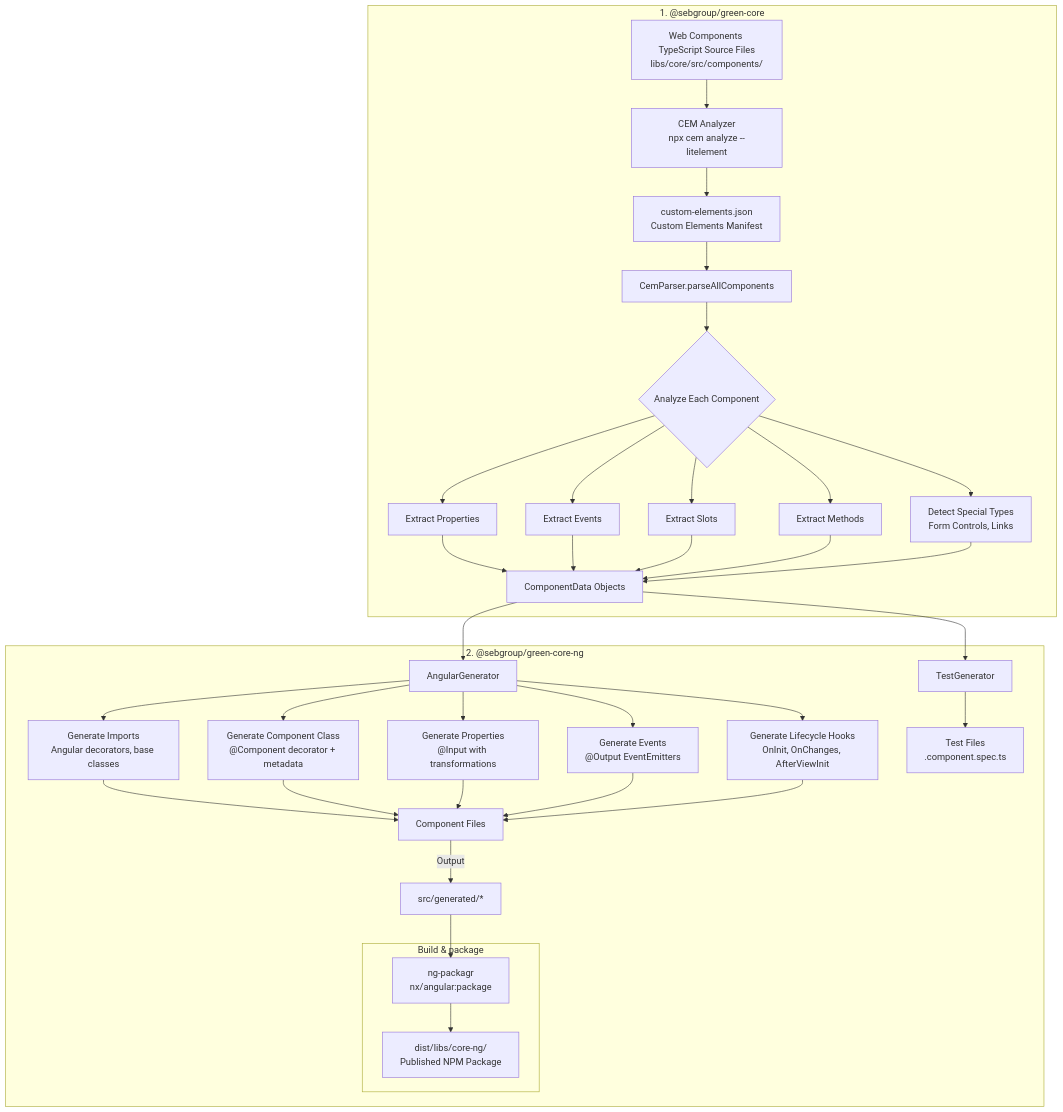
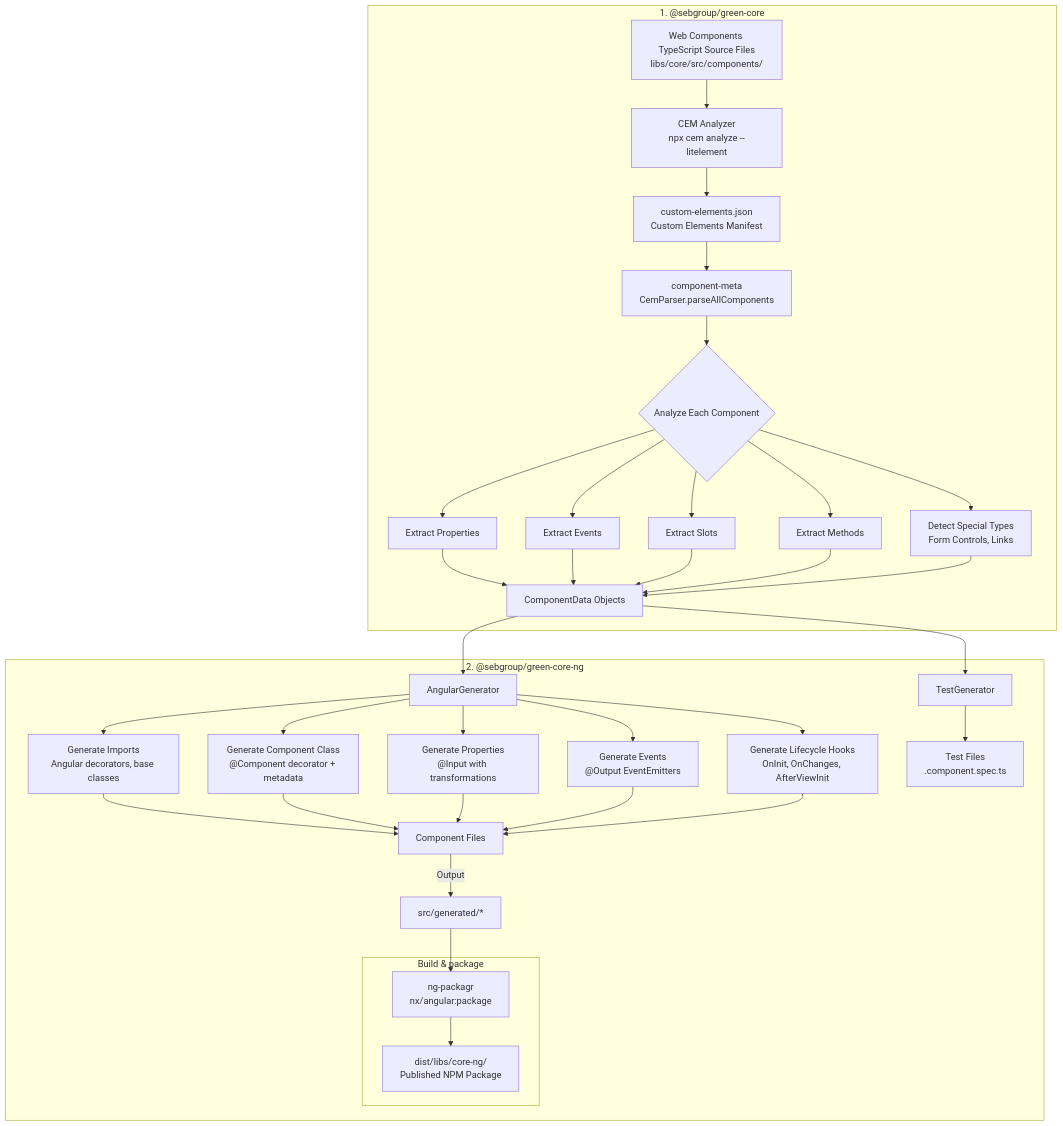
One commit to seb-oss/green changed the diagram in libs/core-ng/README.md. Above: the diagram before and after it, drawn with Mermaid.

````diff
--- a/libs/core-ng/README.md
+++ b/libs/core-ng/README.md
@@ -88,39 +88,39 @@
 ```mermaid
 graph TB
     subgraph "1. @sebgroup/green-core"
         A[Web Components TypeScript Source Files<br/>libs/core/src/components/]
         A --> B[CEM Analyzer<br/>npx cem analyze --litelement]
         B --> C[custom-elements.json<br/>Custom Elements Manifest]
-        C --> D[CemParser.parseAllComponents]
+        C --> D[component-meta<br/>CemParser.parseAllComponents]
         D --> E{Analyze Each Component}
         E --> F[Extract Properties]
         E --> G[Extract Events]
         E --> H[Extract Slots]
         E --> I[Extract Methods]
         E --> J[Detect Special Types<br/>Form Controls, Links]
         F & G & H & I & J --> K[ComponentData Objects]
     end
     
     subgraph "2. @sebgroup/green-core-ng"
         K --> L[AngularGenerator]
         L --> M[Generate Imports<br/>Angular decorators, base classes]
         L --> N[Generate Component Class<br/>@Component decorator + metadata]
         L --> O[Generate Properties<br/>@Input with transformations]
         L --> P[Generate Events<br/>@Output EventEmitters]
         L --> Q[Generate Lifecycle Hooks<br/>OnInit, OnChanges, AfterViewInit]
         M & N & O & P & Q --> R[Component Files]
         
         K --> S[TestGenerator]
         S --> T[Test Files<br/>.component.spec.ts]
 
         R --Output--> V["src/generated/*"]
       
           V --> W["ng-packagr<br/>nx/angular:package"]
         subgraph "Build & package"
           W --> X["dist/libs/core-ng/<br/>Published NPM Package"]
         end
 
     end
 
     class B,D,L,S,W process
 ```
````
